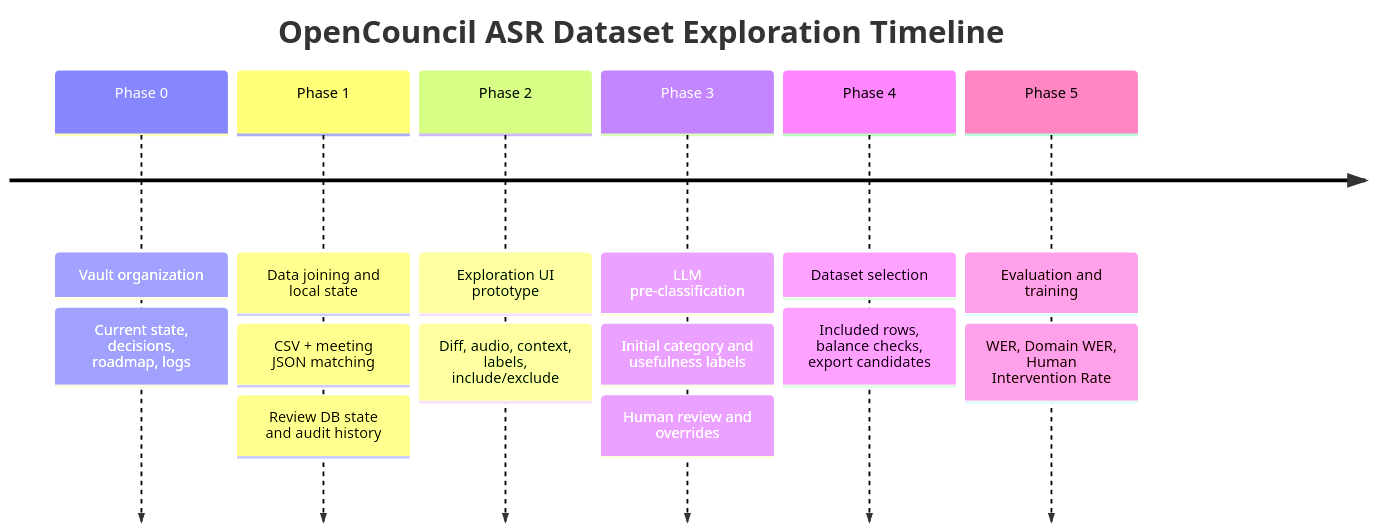
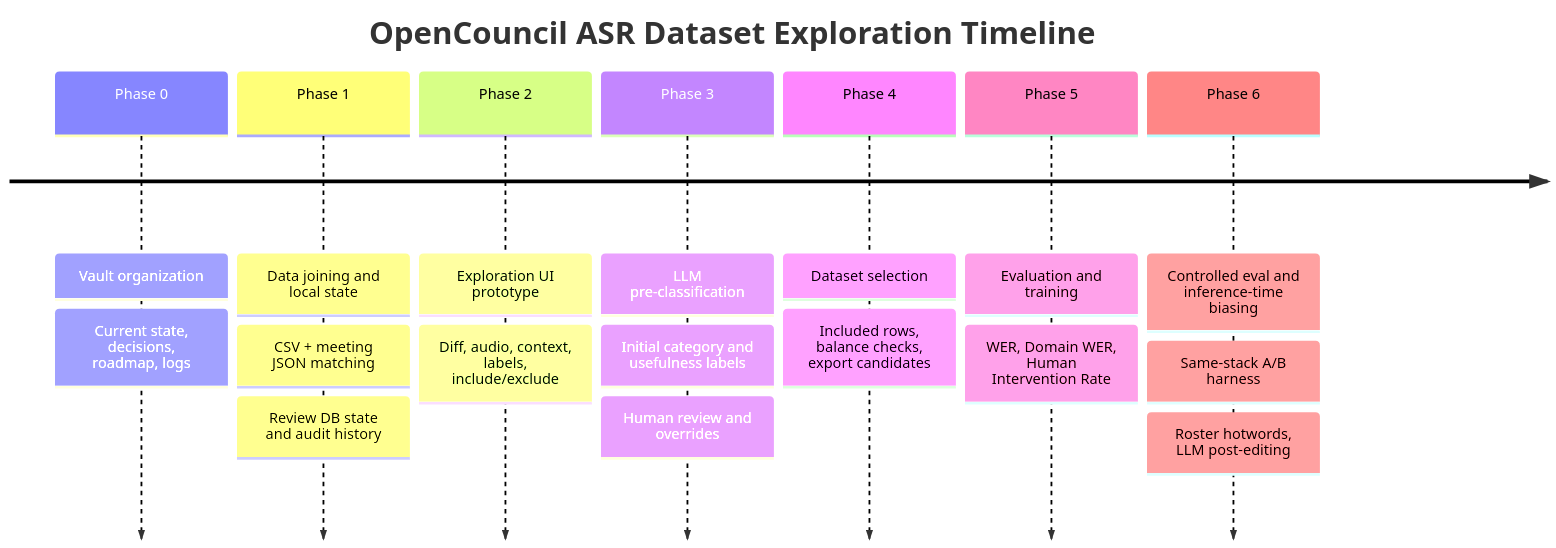
The diagram in docs/roadmap.md (eellak/gsoc2026-opencouncil-stt), drawn with Mermaid before and after one commit. The commit also changed other lines of this file and 11 other files, not shown here.

````diff
--- a/docs/roadmap.md
+++ b/docs/roadmap.md
@@ -5,18 +5,21 @@
 ```mermaid
 timeline
     title OpenCouncil ASR Dataset Exploration Timeline
     Phase 0 : Vault organization
             : Current state, decisions, roadmap, logs
     Phase 1 : Data joining and local state
             : CSV + meeting JSON matching
             : Review DB state and audit history
     Phase 2 : Exploration UI prototype
             : Diff, audio, context, labels, include/exclude
     Phase 3 : LLM pre-classification
             : Initial category and usefulness labels
             : Human review and overrides
     Phase 4 : Dataset selection
             : Included rows, balance checks, export candidates
     Phase 5 : Evaluation and training
             : WER, Domain WER, Human Intervention Rate
+    Phase 6 : Controlled eval and inference-time biasing
+            : Same-stack A/B harness
+            : Roster hotwords, LLM post-editing
 ```
````
